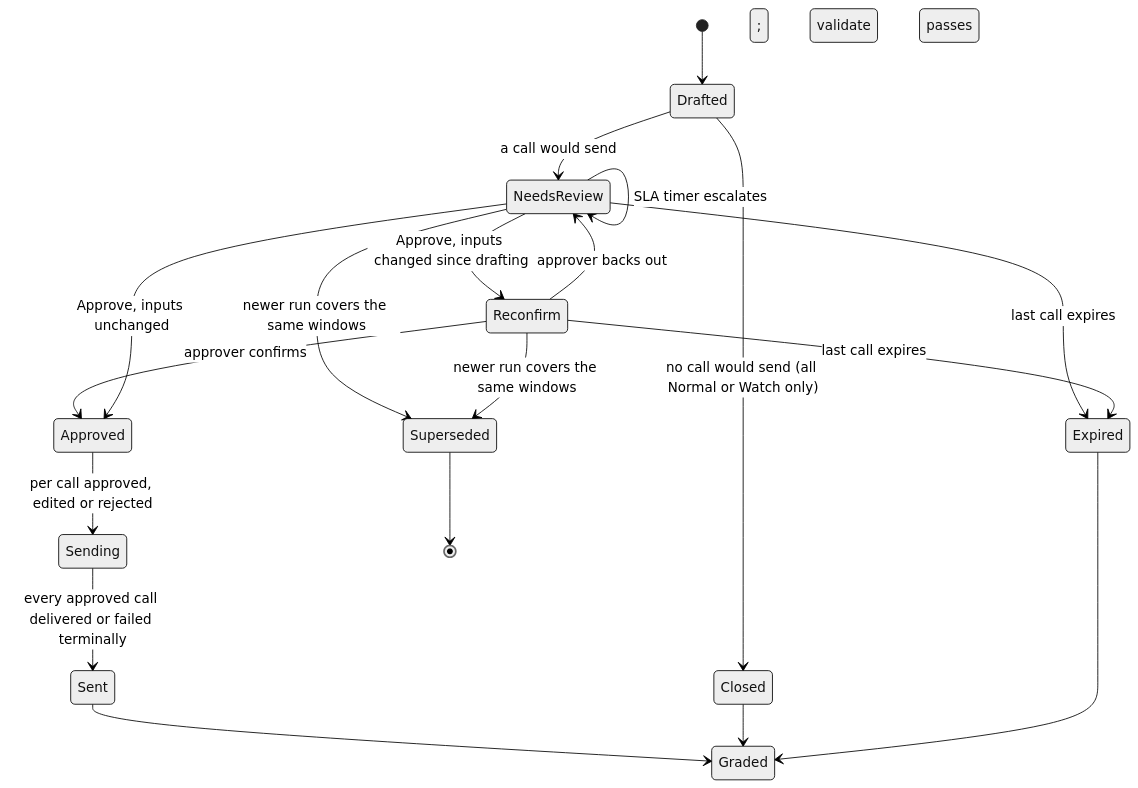
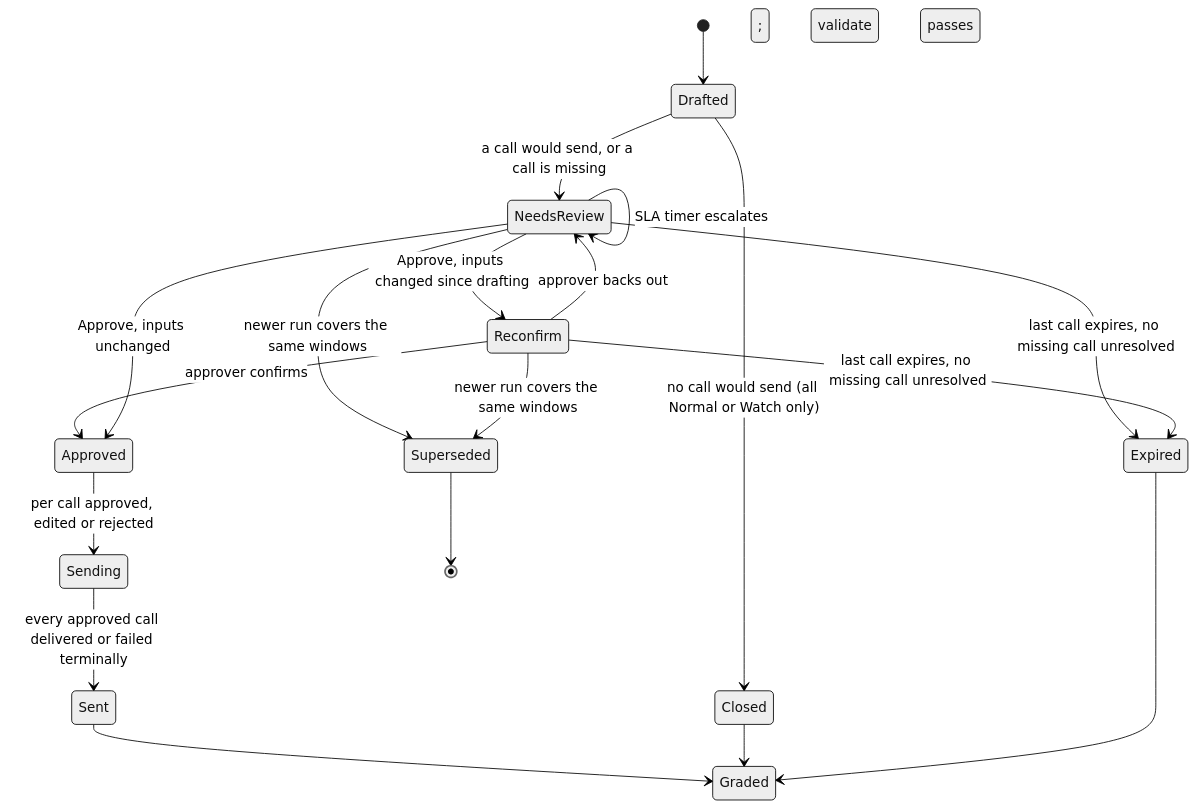
Before and after one commit to m1kulabs/Skyclause: the second of 2 diagrams in docs/TRD.md, drawn with Mermaid (neutral theme). The commit also changed other lines of this file and 1 other file, not shown here.

Commit message:
docs: hold bundles with missing calls in review
TRD's state machine, expiry and per-call rules and PRD CAL-8 now say
that a missing call sends its bundle to review and holds it there
until it is drafted, dismissed with a reason or superseded.

````diff
--- a/docs/TRD.md
+++ b/docs/TRD.md
@@ -398,21 +398,21 @@
 ```mermaid
 stateDiagram-v2
   [*] --> Drafted
   Drafted --> Closed: no call would send (all Normal or Watch only)
-  Drafted --> NeedsReview: a call would send
+  Drafted --> NeedsReview: a call would send, or a call is missing
   NeedsReview --> NeedsReview: SLA timer escalates
   NeedsReview --> Superseded: newer run covers the same windows
-  NeedsReview --> Expired: last call expires
+  NeedsReview --> Expired: last call expires, no missing call unresolved
   NeedsReview --> Reconfirm: Approve, inputs changed since drafting
   Reconfirm --> Approved: approver confirms; validate passes
   Reconfirm --> NeedsReview: approver backs out
   Reconfirm --> Superseded: newer run covers the same windows
-  Reconfirm --> Expired: last call expires
+  Reconfirm --> Expired: last call expires, no missing call unresolved
   NeedsReview --> Approved: Approve, inputs unchanged
   Approved --> Sending: per call approved, edited or rejected
   Sending --> Sent: every approved call delivered or failed terminally
   Sent --> Graded
   Closed --> Graded
   Expired --> Graded
   Superseded --> [*]
 ```
````
